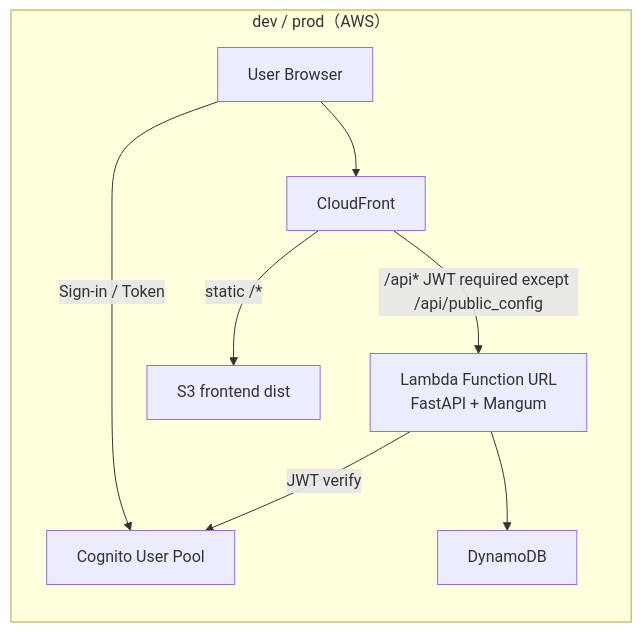
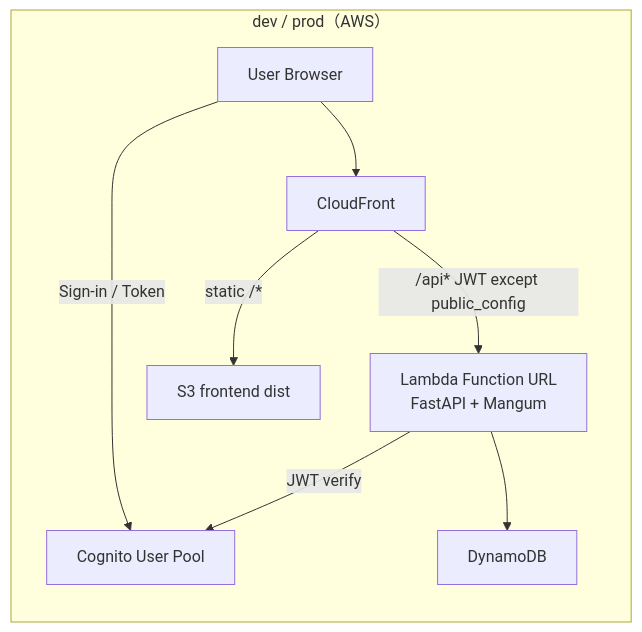
The second of 2 diagrams in README.md (satoshi999/aws-minimal-serverless-template), drawn with Mermaid before and after one commit. The commit also changed other lines of this file, not shown here.

First line of the commit message:
Clarify IAM permissions and JWT requirements in README

````diff
--- a/README.md
+++ b/README.md
@@ -142,15 +144,15 @@
 ```mermaid
 flowchart LR
   subgraph DevProd[dev / prod（AWS）]
     U[User Browser] --> CF[CloudFront]
 
-    CF -->|/api* JWT required except /api/public_config| L[Lambda Function URL<br/>FastAPI + Mangum]
+    CF -->|/api* JWT except public_config| L[Lambda Function URL<br/>FastAPI + Mangum]
 
     U -->|Sign-in / Token| C[Cognito User Pool]
     L -->|JWT verify| C
     L --> D[DynamoDB]
 
     CF -->|static /*| S3[S3 frontend dist]
 
   end
 ```
````
